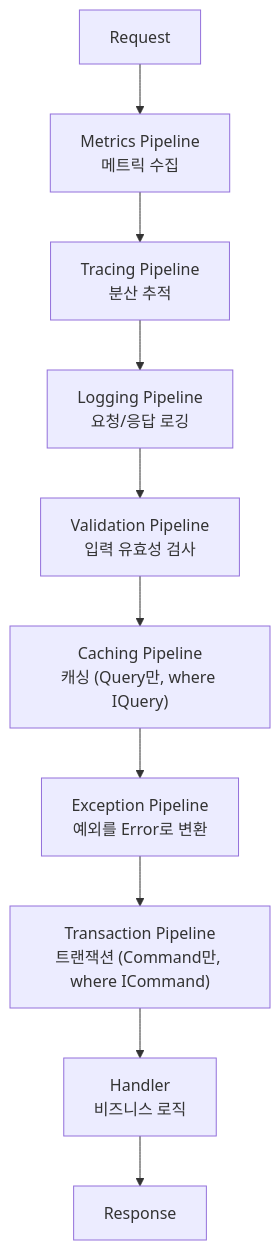
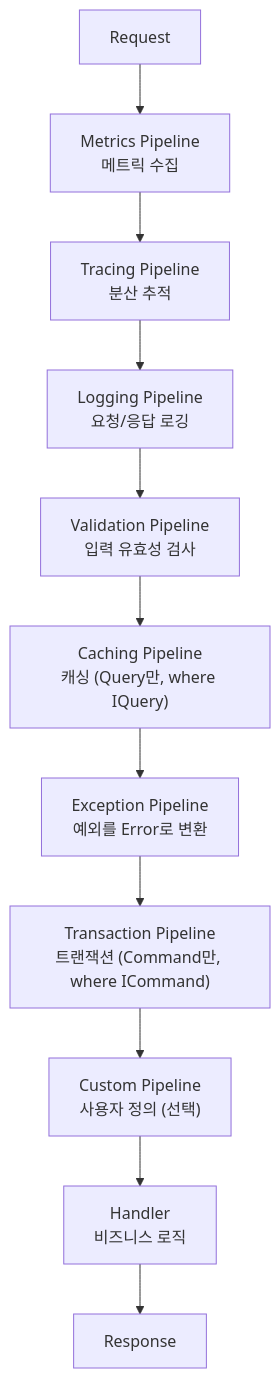
Before and after one commit to hhko/Functorium: the diagram in Docs.Site/src/content/docs/tutorials/usecase-pipeline/Part0-Introduction/03-usecase-pipeline-overview.md, drawn with Mermaid. The commit also changed other lines of this file and 10 other files, not shown here.

First line of the commit message:
docs(usecase-pipeline): Custom Pipeline 슬롯 내용 반영

````diff
--- a/Docs.Site/src/content/docs/tutorials/usecase-pipeline/Part0-Introduction/03-usecase-pipeline-overview.md
+++ b/Docs.Site/src/content/docs/tutorials/usecase-pipeline/Part0-Introduction/03-usecase-pipeline-overview.md
@@ -11,12 +11,13 @@
 ```mermaid
 flowchart TB
   Request --> Metrics["Metrics Pipeline<br/>메트릭 수집"]
   Metrics --> Tracing["Tracing Pipeline<br/>분산 추적"]
   Tracing --> Logging["Logging Pipeline<br/>요청/응답 로깅"]
   Logging --> Validation["Validation Pipeline<br/>입력 유효성 검사"]
   Validation --> Caching["Caching Pipeline<br/>캐싱 (Query만, where IQuery)"]
   Caching --> Exception["Exception Pipeline<br/>예외를 Error로 변환"]
   Exception --> Transaction["Transaction Pipeline<br/>트랜잭션 (Command만, where ICommand)"]
-  Transaction --> Handler["Handler<br/>비즈니스 로직"]
+  Transaction --> Custom["Custom Pipeline<br/>사용자 정의 (선택)"]
+  Custom --> Handler["Handler<br/>비즈니스 로직"]
   Handler --> Response
 ```
````
